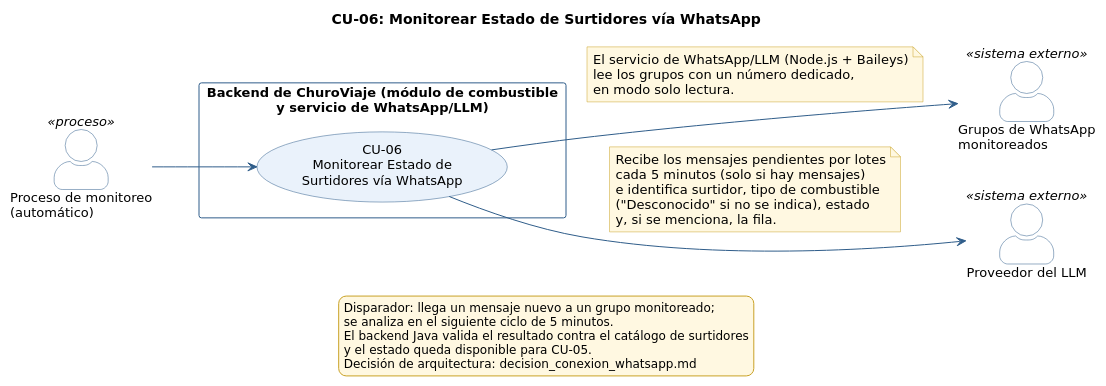
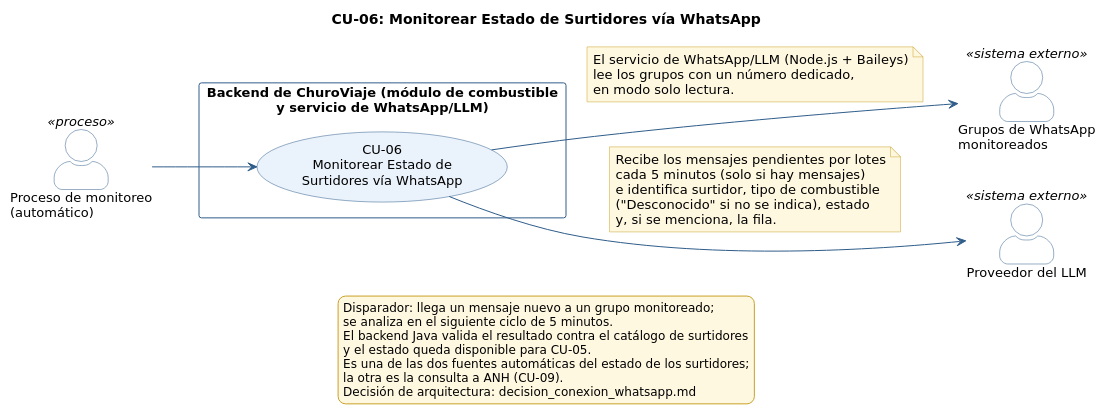
The diagram in 03_des/DiagCU/CU-06_MonitorearSurtidoresWhatsApp.puml (uniWASD/ChuroViajeInterno), drawn with PlantUML before and after one commit. The commit also changed 63 other files, not shown here.

First line of the commit message:
docs: incorporar la API de ANH como fuente complementaria de combustible (T-116)

```diff
--- a/03_des/DiagCU/CU-06_MonitorearSurtidoresWhatsApp.puml
+++ b/03_des/DiagCU/CU-06_MonitorearSurtidoresWhatsApp.puml
@@ -1,71 +1,73 @@
 @startuml CU-06_MonitorearSurtidoresWhatsApp
 ' CU-06: Monitorear Estado de Surtidores vía WhatsApp
-' Fuente: 02_req - Especificación de Casos de Uso (CU-01 a CU-08)
+' Fuente: 02_req - Especificación de Casos de Uso (CU-01 a CU-09)
 ' Issue: T-029 (#8); actualizado en T-045 (extracción con Baileys y análisis por lotes con LLM)
 ' Revisión de coherencia (06/10/2026): servicio de WhatsApp/LLM, tipo de combustible obligatorio y fila opcional.
 
 left to right direction
 skinparam shadowing false
 skinparam defaultFontName "DejaVu Sans"
 skinparam defaultFontSize 13
 skinparam packageStyle rectangle
 skinparam actorStyle awesome
 skinparam usecase {
   BackgroundColor #EAF2FB
   BorderColor #2F5D8A
   ArrowColor #2F5D8A
 }
 skinparam rectangle {
   BorderColor #2F5D8A
   FontStyle bold
 }
 skinparam actor {
   BorderColor #2F5D8A
   BackgroundColor #FFFFFF
 }
 skinparam note {
   BackgroundColor #FFF8E1
   BorderColor #C9A227
 }
 skinparam ArrowColor #2F5D8A
 skinparam legend {
   BackgroundColor #FFF8E1
   BorderColor #C9A227
   FontSize 12
 }
 
 title CU-06: Monitorear Estado de Surtidores vía WhatsApp
 
 actor "Proceso de monitoreo\n(automático)" as Monitor <<proceso>>
 actor "Grupos de WhatsApp\nmonitoreados" as WA <<sistema externo>>
 actor "Proveedor del LLM" as LLM <<sistema externo>>
 
 rectangle "Backend de ChuroViaje (módulo de combustible\ny servicio de WhatsApp/LLM)" {
   usecase "CU-06\nMonitorear Estado de\nSurtidores vía WhatsApp" as CU06
 }
 
 Monitor --> CU06
 CU06 --> WA
 note on link
   El servicio de WhatsApp/LLM (Node.js + Baileys)
   lee los grupos con un número dedicado,
   en modo solo lectura.
 end note
 CU06 --> LLM
 note on link
   Recibe los mensajes pendientes por lotes
   cada 5 minutos (solo si hay mensajes)
   e identifica surtidor, tipo de combustible
   ("Desconocido" si no se indica), estado
   y, si se menciona, la fila.
 end note
 
 legend bottom
   Disparador: llega un mensaje nuevo a un grupo monitoreado;
   se analiza en el siguiente ciclo de 5 minutos.
   El backend Java valida el resultado contra el catálogo de surtidores
   y el estado queda disponible para CU-05.
+  Es una de las dos fuentes automáticas del estado de los surtidores;
+  la otra es la consulta a ANH (CU-09).
   Decisión de arquitectura: decision_conexion_whatsapp.md
 endlegend
 
 @enduml
```
